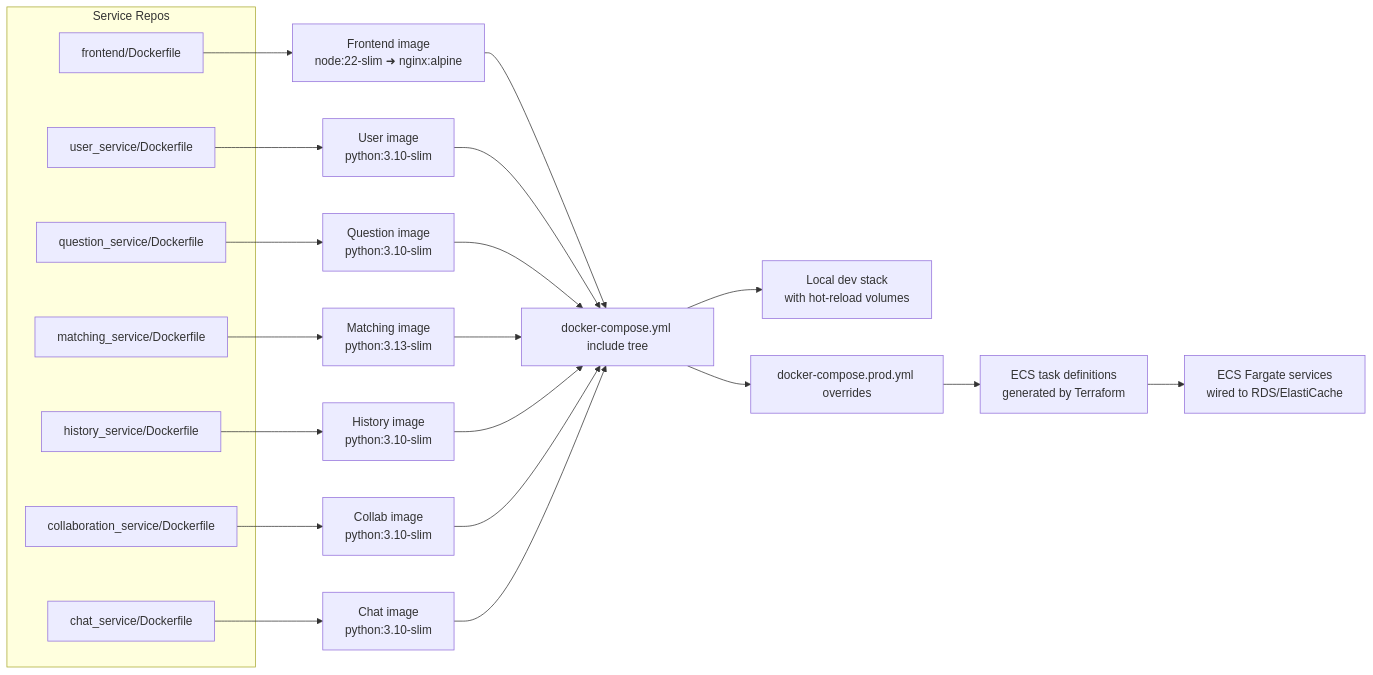
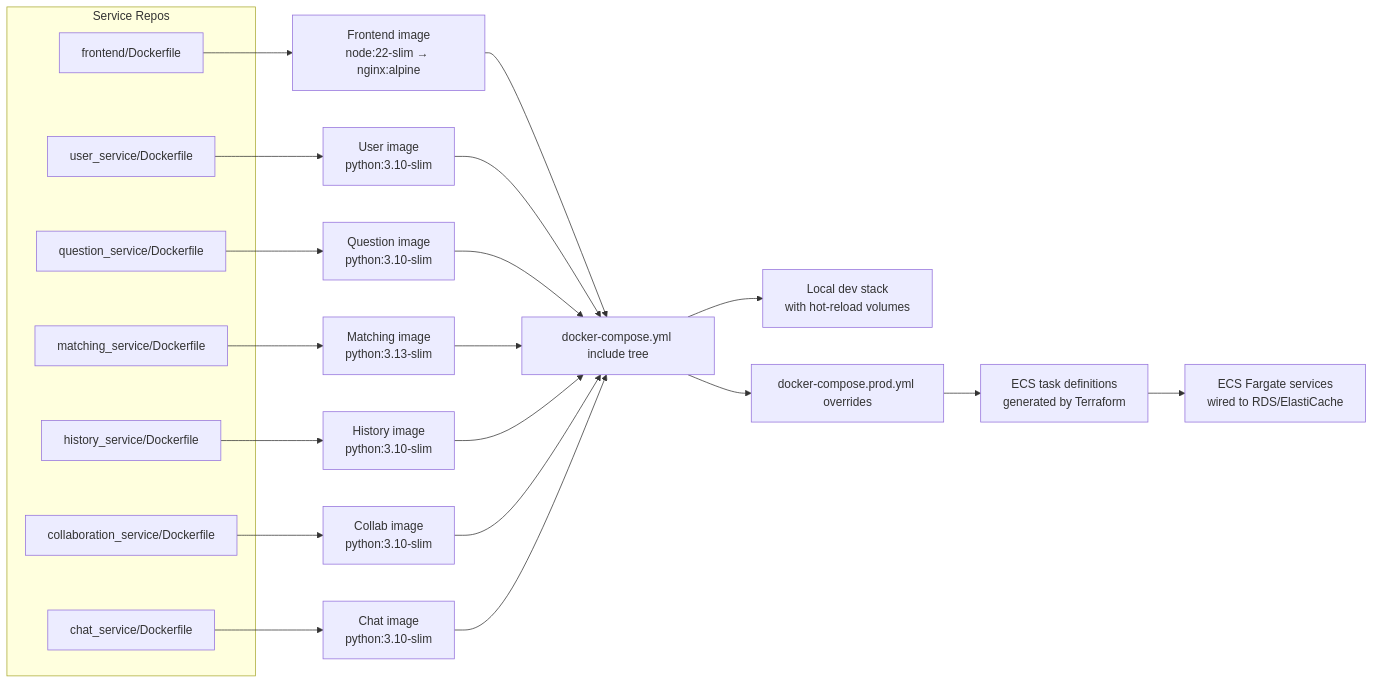
One commit to JoanneHing/cs3219-ay2526s1-project-g19 changed the first of 8 diagrams in docs/p1_deploy.md. Above: the diagram before and after it, drawn with Mermaid. The commit also changed other lines of this file, not shown here.

````diff
--- a/docs/p1_deploy.md
+++ b/docs/p1_deploy.md
@@ -9,26 +9,32 @@
 ```mermaid
 graph LR
-  subgraph Service Repos
+  subgraph ServiceRepos["Service Repos"]
     FE[frontend/Dockerfile]
     US[user_service/Dockerfile]
     QS[question_service/Dockerfile]
     MS[matching_service/Dockerfile]
     HS[history_service/Dockerfile]
     CS[collaboration_service/Dockerfile]
     CH[chat_service/Dockerfile]
   end
 
-  FE --> FE_IMG[Frontend image<br/>node:22-slim ➜ nginx:alpine]
-  US --> US_IMG[User image<br/>python:3.10-slim]
-  QS --> QS_IMG[Question image<br/>python:3.10-slim]
-  MS --> MS_IMG[Matching image<br/>python:3.13-slim]
-  HS --> HS_IMG[History image<br/>python:3.10-slim]
-  CS --> CS_IMG[Collab image<br/>python:3.10-slim]
-  CH --> CH_IMG[Chat image<br/>python:3.10-slim]
+  FE --> FE_IMG["Frontend image<br/>node:22-slim → nginx:alpine"]
+  US --> US_IMG["User image<br/>python:3.10-slim"]
+  QS --> QS_IMG["Question image<br/>python:3.10-slim"]
+  MS --> MS_IMG["Matching image<br/>python:3.13-slim"]
+  HS --> HS_IMG["History image<br/>python:3.10-slim"]
+  CS --> CS_IMG["Collab image<br/>python:3.10-slim"]
+  CH --> CH_IMG["Chat image<br/>python:3.10-slim"]
 
-  FE_IMG & US_IMG & QS_IMG & MS_IMG & HS_IMG & CS_IMG & CH_IMG --> Compose[docker-compose.yml include tree]
-  Compose --> DevStack[Local dev stack<br/>with hot-reload volumes]
-  Compose --> ProdOverlay[docker-compose.prod.yml overrides]
-  ProdOverlay --> Terraform[ECS task definitions<br/>generated by Terraform]
-  Terraform --> Fargate[ECS Fargate services<br/>wired to RDS/ElastiCache]
+  FE_IMG --> Compose["docker-compose.yml include tree"]
+  US_IMG --> Compose
+  QS_IMG --> Compose
+  MS_IMG --> Compose
+  HS_IMG --> Compose
+  CS_IMG --> Compose
+  CH_IMG --> Compose
+  Compose --> DevStack["Local dev stack<br/>with hot-reload volumes"]
+  Compose --> ProdOverlay["docker-compose.prod.yml overrides"]
+  ProdOverlay --> Terraform["ECS task definitions<br/>generated by Terraform"]
+  Terraform --> Fargate["ECS Fargate services<br/>wired to RDS/ElastiCache"]
 ```
````
